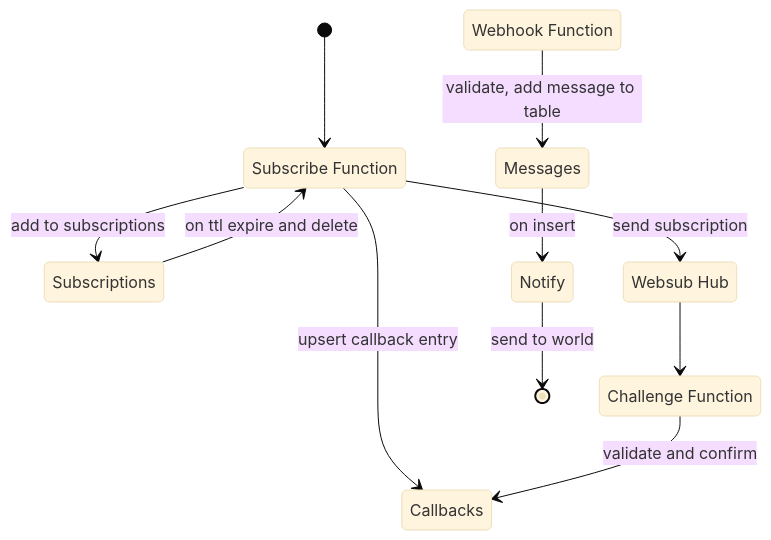
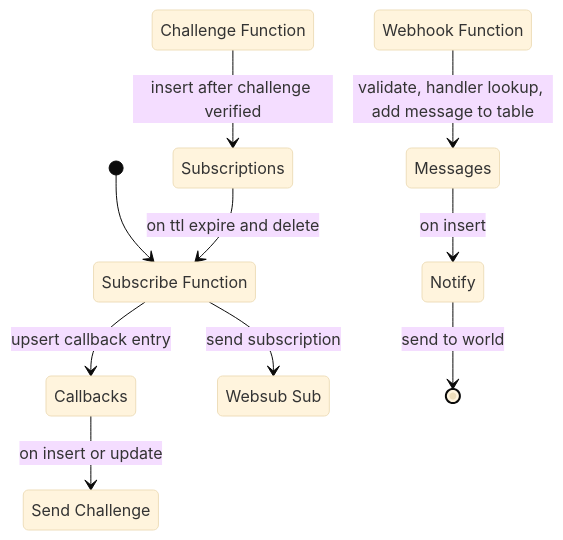
Before and after one commit to kryptn/websub-rs: the diagram in README.md, drawn with Mermaid (base theme). The commit also changed other lines of this file and 18 other files, not shown here.

````diff
--- a/README.md
+++ b/README.md
@@ -34,29 +35,27 @@
 ```mermaid
 
 stateDiagram-v2
 
     state "Subscribe Function" as subscribe
     state "Webhook Function" as webhook
     state "Challenge Function" as challenge
+    state "Send Challenge" as sendchallenge
     state "Subscriptions" as subscriptions
     state "Notify" as notify
     state "Callbacks" as callbacks
     state "Messages" as messages
-    state "Websub Hub" as websub
+    state "Websub Sub" as websubsub
 
     [*] --> subscribe
-    subscribe --> subscriptions: add to subscriptions
-    subscribe --> websub: send subscription
+    subscribe --> callbacks: upsert callback entry
+    subscribe --> websubsub: send subscription
+    callbacks --> sendchallenge: on insert or update
     subscriptions --> subscribe: on ttl expire and delete
-    subscribe --> callbacks: upsert callback entry
-    challenge --> callbacks: validate and confirm
-    websub --> challenge
+    challenge --> subscriptions: insert after challenge verified
 
-    webhook --> messages: validate, add message to table
+    webhook --> messages: validate, handler lookup, add message to table
     messages --> notify: on insert
     notify --> [*]: send to world
 
 
-
-
 ```
````
